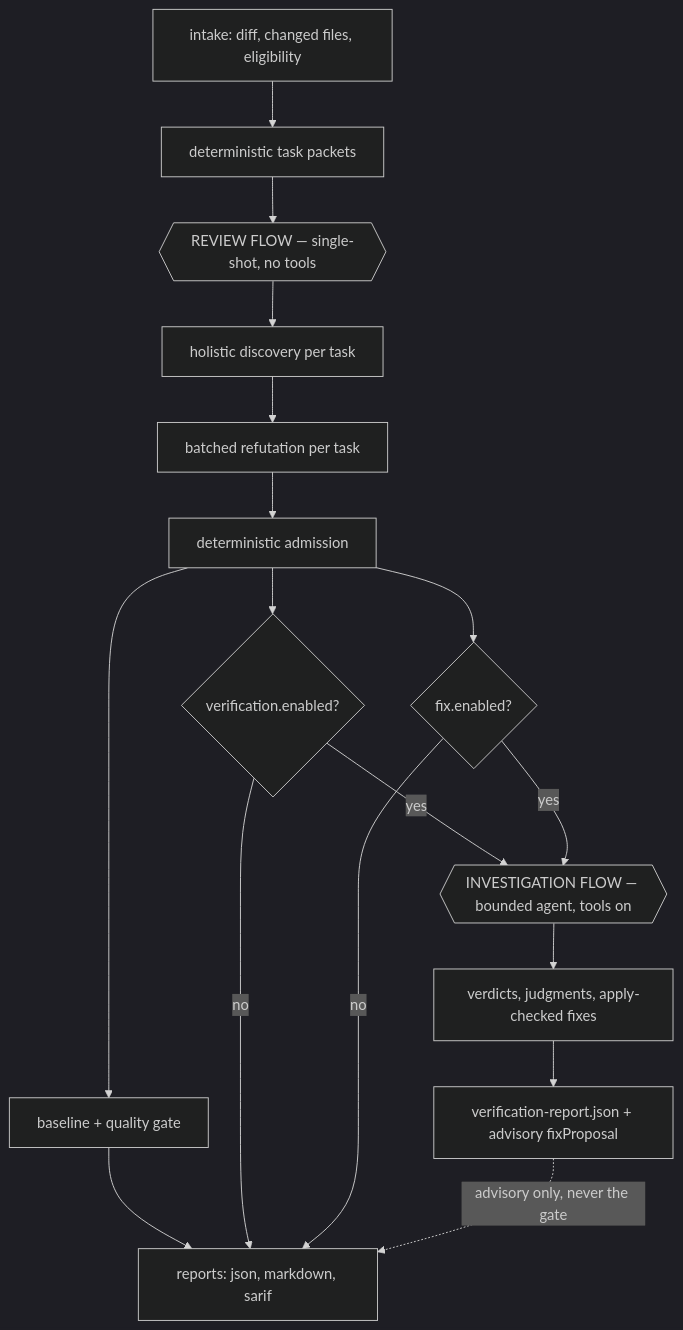
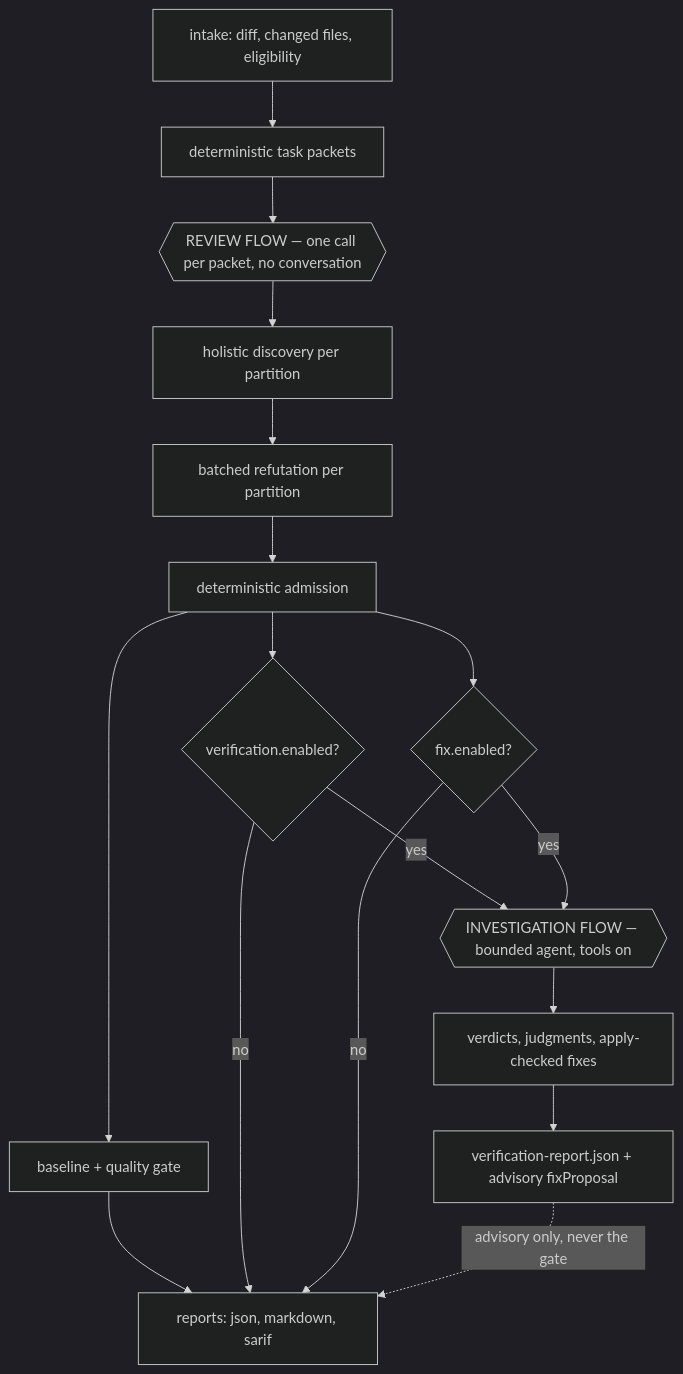
The diagram in docs/03-concepts/two-flows.md (sebastianwessel/codereviewer), drawn with Mermaid (dark theme) before and after one commit. The commit also changed other lines of this file and 43 other files, not shown here.

````diff
--- a/docs/03-concepts/two-flows.md
+++ b/docs/03-concepts/two-flows.md
@@ -44,19 +45,19 @@
 ```mermaid
 flowchart TD
   A[intake: diff, changed files, eligibility] --> B[deterministic task packets]
-  B --> C{{REVIEW FLOW — single-shot, no tools}}
-  C --> C1[holistic discovery per task]
-  C1 --> C2[batched refutation per task]
+  B --> C{{REVIEW FLOW — one call per packet, no conversation}}
+  C --> C1[holistic discovery per partition]
+  C1 --> C2[batched refutation per partition]
   C2 --> C3[deterministic admission]
   C3 --> D[baseline + quality gate]
   D --> E[reports: json, markdown, sarif]
   C3 --> F{verification.enabled?}
   F -- yes --> G{{INVESTIGATION FLOW — bounded agent, tools on}}
   F -- no --> E
   C3 --> H{fix.enabled?}
   H -- yes --> G
   H -- no --> E
   G --> I[verdicts, judgments, apply-checked fixes]
   I --> J[verification-report.json + advisory fixProposal]
   J -.advisory only, never the gate.-> E
 ```
````
